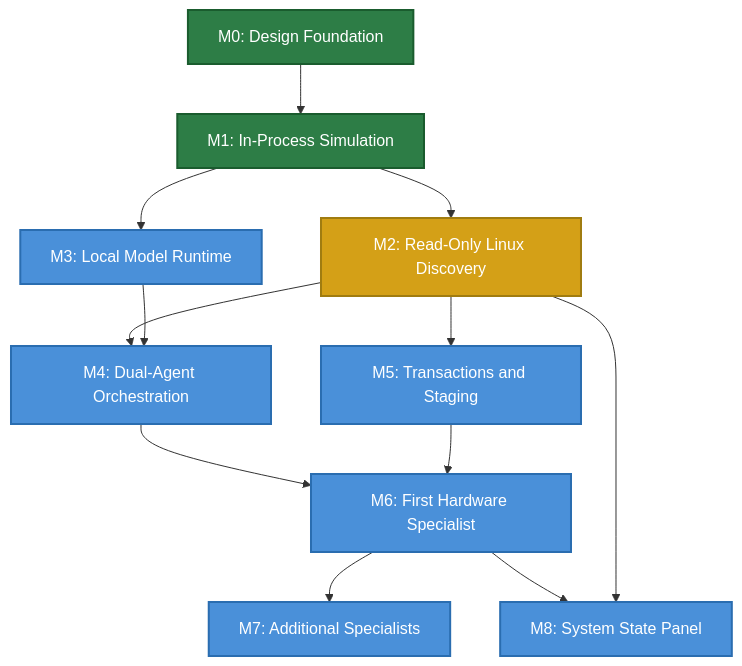
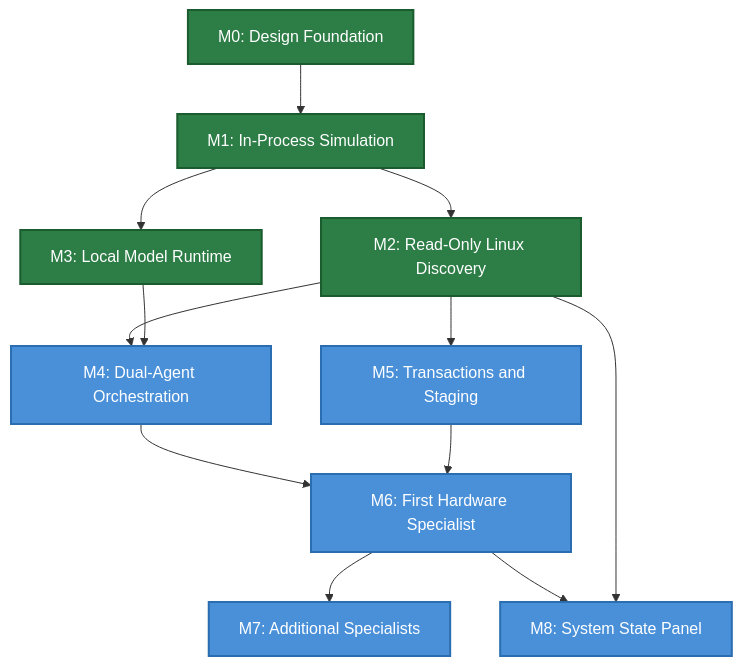
Before and after one commit to cse-creative-systems-engineering/aios: the diagram in docs/implementation-roadmap.md, drawn with Mermaid. The commit also changed other lines of this file and 4 other files, not shown here.

Commit message:
Sync docs with M3: model gateway architecture, ADR-0006, roadmap M3 complete

````diff
--- a/docs/implementation-roadmap.md
+++ b/docs/implementation-roadmap.md
@@ -30,22 +30,21 @@
 ```mermaid
 graph TD
     M0[M0: Design Foundation] --> M1[M1: In-Process Simulation]
     M1 --> M2[M2: Read-Only Linux Discovery]
     M1 --> M3[M3: Local Model Runtime]
     M2 --> M4[M4: Dual-Agent Orchestration]
     M3 --> M4
     M2 --> M5[M5: Transactions and Staging]
     M4 --> M6[M6: First Hardware Specialist]
     M5 --> M6
     M6 --> M7[M7: Additional Specialists]
     M6 --> M8[M8: System State Panel]
     M2 --> M8
 
     classDef done fill:#2d7d46,color:#fff,stroke:#1a5c2e,stroke-width:2px
     classDef current fill:#d4a017,color:#fff,stroke:#a07c10,stroke-width:2px
     classDef planned fill:#4a90d9,color:#fff,stroke:#2a6db0,stroke-width:2px
 
-    class M0,M1 done
-    class M2 current
-    class M3,M4,M5,M6,M7,M8 planned
+    class M0,M1,M2,M3 done
+    class M4,M5,M6,M7,M8 planned
 ```
````
